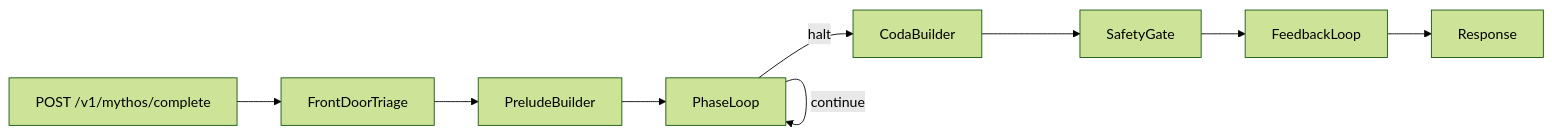
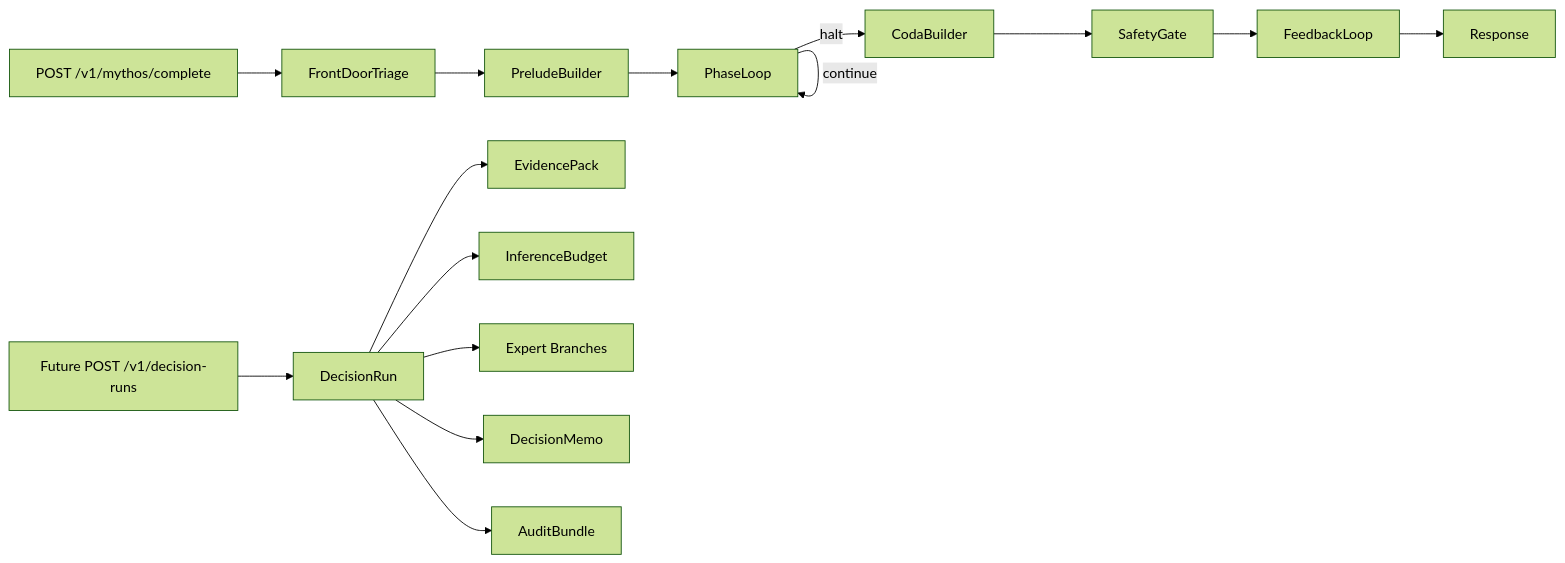
The diagram in PROJECT_TECHNICAL_OVERVIEW.md (myceldigital/mythos-harness), drawn with Mermaid (forest theme) before and after one commit. The commit also changed other lines of this file, not shown here.

Commit message:
Update technical overview for decision-run scaffold

````diff
--- a/PROJECT_TECHNICAL_OVERVIEW.md
+++ b/PROJECT_TECHNICAL_OVERVIEW.md
@@ -29,11 +33,18 @@
 ```mermaid
 flowchart LR
     A[POST /v1/mythos/complete] --> B[FrontDoorTriage]
     B --> C[PreludeBuilder]
     C --> D[PhaseLoop]
     D -->|halt| E[CodaBuilder]
     D -->|continue| D
     E --> F[SafetyGate]
     F --> G[FeedbackLoop]
     G --> H[Response]
+
+    I[Future POST /v1/decision-runs] --> J[DecisionRun]
+    J --> K[EvidencePack]
+    J --> L[InferenceBudget]
+    J --> M[Expert Branches]
+    J --> N[DecisionMemo]
+    J --> O[AuditBundle]
 ```
````
